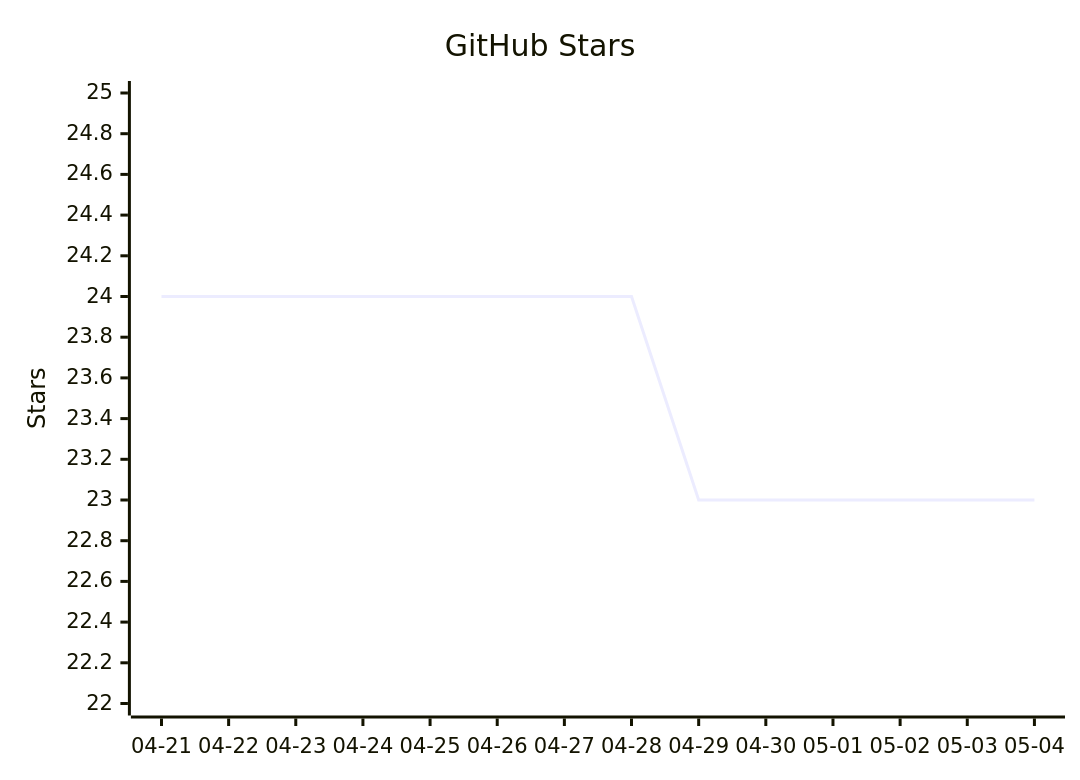
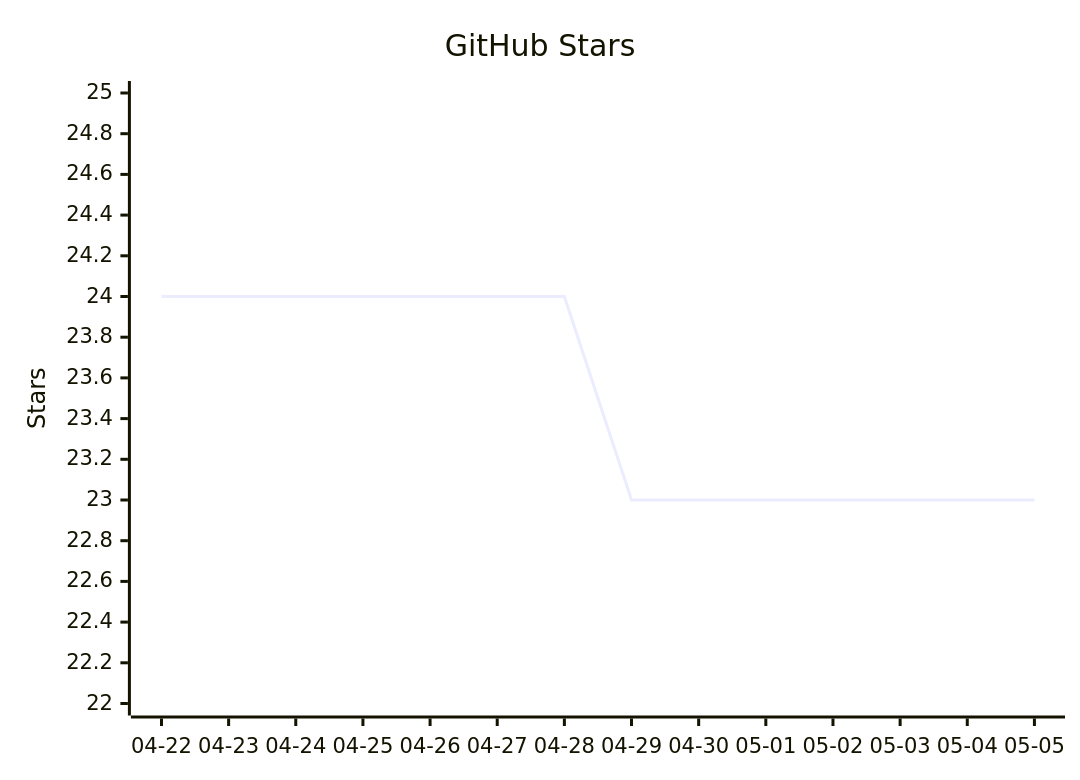
One commit to vectie/moonclaw changed the diagram in README.mbt.md. Above: the diagram before and after it, drawn with Mermaid. The commit also changed other lines of this file and 1 other file, not shown here.

Commit message:
Update README star growth

````diff
--- a/README.mbt.md
+++ b/README.mbt.md
@@ -489,7 +489,7 @@
 ```mermaid
 xychart-beta
     title "GitHub Stars"
-    x-axis ["04-21","04-22","04-23","04-24","04-25","04-26","04-27","04-28","04-29","04-30","05-01","05-02","05-03","05-04"]
+    x-axis ["04-22","04-23","04-24","04-25","04-26","04-27","04-28","04-29","04-30","05-01","05-02","05-03","05-04","05-05"]
     y-axis "Stars" 22 --> 25
-    line [24,24,24,24,24,24,24,24,23,23,23,23,23,23]
+    line [24,24,24,24,24,24,24,23,23,23,23,23,23,23]
 ```
````
